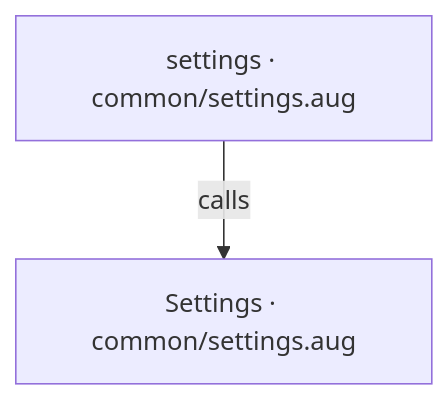
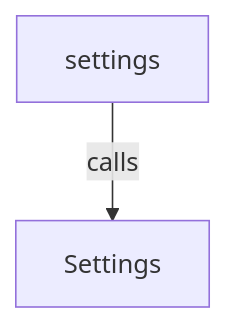
The first of 2 diagrams in docs/examples/oidc-login/common/settings-diagrams.md (GreenPandaStudios/augscript), drawn with Mermaid before and after one commit. The commit also changed other lines of this file and 524 other files, not shown here.

Commit message:
Explain checked data flow at folder and service levels

````diff
--- a/docs/examples/oidc-login/common/settings-diagrams.md
+++ b/docs/examples/oidc-login/common/settings-diagrams.md
@@ -19,6 +20,6 @@
 ```mermaid
 flowchart TD
-    n0["Settings · common/settings.aug"]
-    n1["settings · common/settings.aug"]
+    n0["Settings"]
+    n1["settings"]
     n1 -->|"calls"| n0
 ```
````
